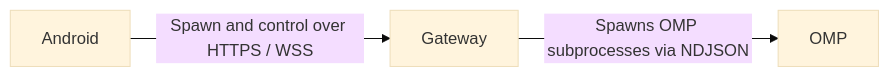
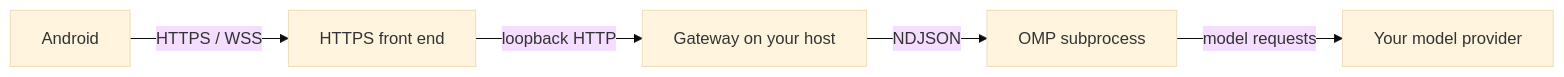
Before and after one commit to 3xian/PinkCollab: the diagram in README.md, drawn with Mermaid (base theme). The commit also changed other lines of this file and 3 other files, not shown here.

````diff
--- a/README.md
+++ b/README.md
@@ -35,4 +23,7 @@
 ```mermaid
 flowchart LR
-    A[Android] -->|Spawn and control over HTTPS / WSS| B[Gateway] -->|Spawns OMP subprocesses via NDJSON| C[OMP]
+    A[Android] -->|HTTPS / WSS| T[HTTPS front end]
+    T -->|loopback HTTP| B[Gateway on your host]
+    B -->|NDJSON| C[OMP subprocess]
+    C -->|model requests| P[Your model provider]
 ```
````
